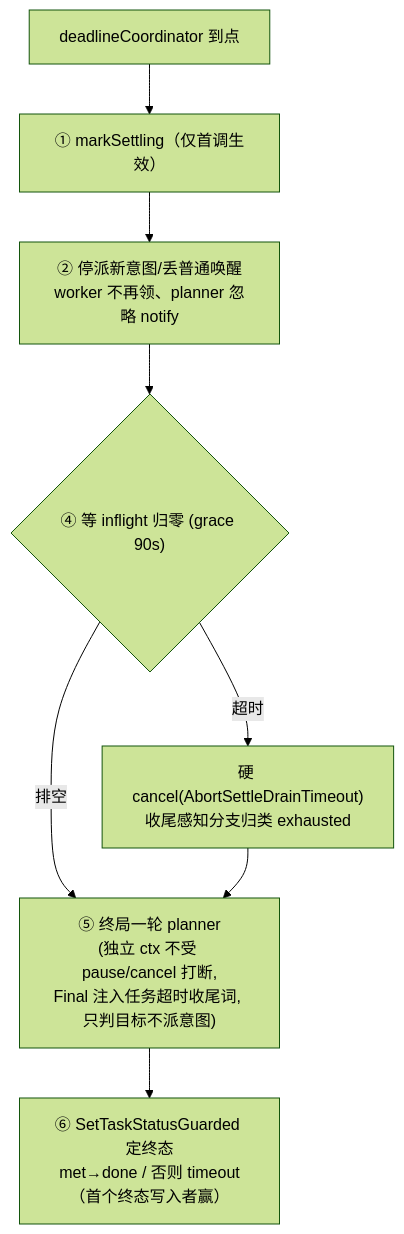
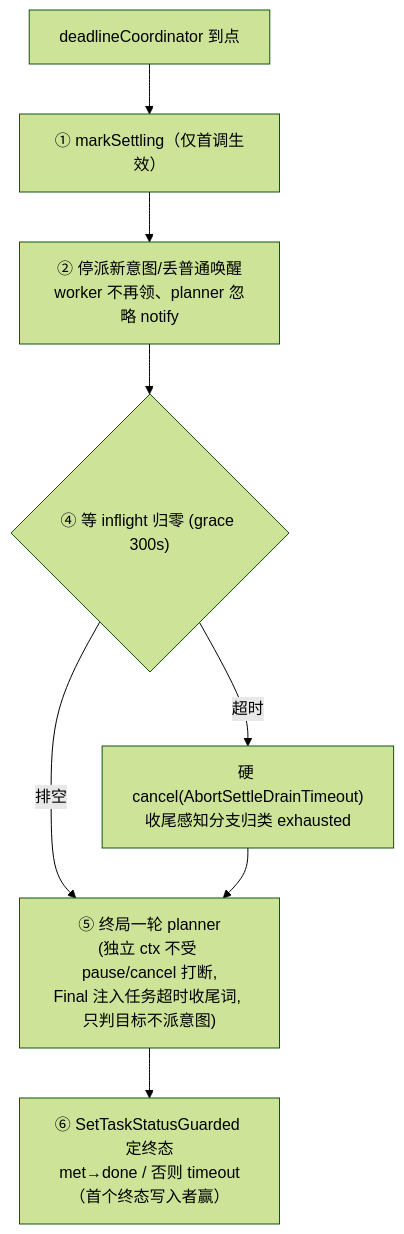
One commit to Likrainn/Pojun changed the third of 3 diagrams in docs/02-引擎与调度闭环.md. Above: the diagram before and after it, drawn with Mermaid (forest theme). The commit also changed other lines of this file and 18 other files, not shown here.

````diff
--- a/docs/02-引擎与调度闭环.md
+++ b/docs/02-引擎与调度闭环.md
@@ -129,10 +129,10 @@
 ```mermaid
 flowchart TB
   A["deadlineCoordinator 到点"] --> B["① markSettling（仅首调生效）"]
   B --> C["② 停派新意图/丢普通唤醒<br/>worker 不再领、planner 忽略 notify"]
-  C --> D{"④ 等 inflight 归零 (grace 90s)"}
+  C --> D{"④ 等 inflight 归零 (grace 300s)"}
   D -->|超时| E["硬 cancel(AbortSettleDrainTimeout)<br/>收尾感知分支归类 exhausted"]
   D -->|排空| F["⑤ 终局一轮 planner<br/>(独立 ctx 不受 pause/cancel 打断,<br/>Final 注入任务超时收尾词, 只判目标不派意图)"]
   E --> F
   F --> G["⑥ SetTaskStatusGuarded 定终态<br/>met→done / 否则 timeout（首个终态写入者赢）"]
 ```
````
